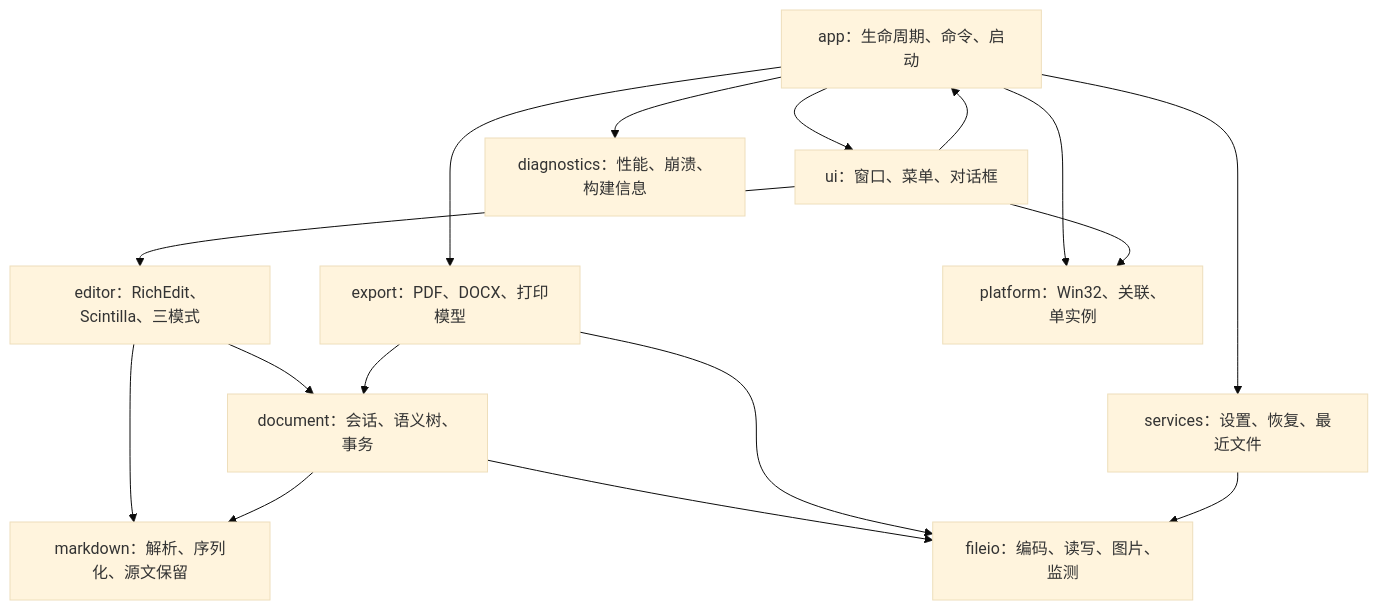
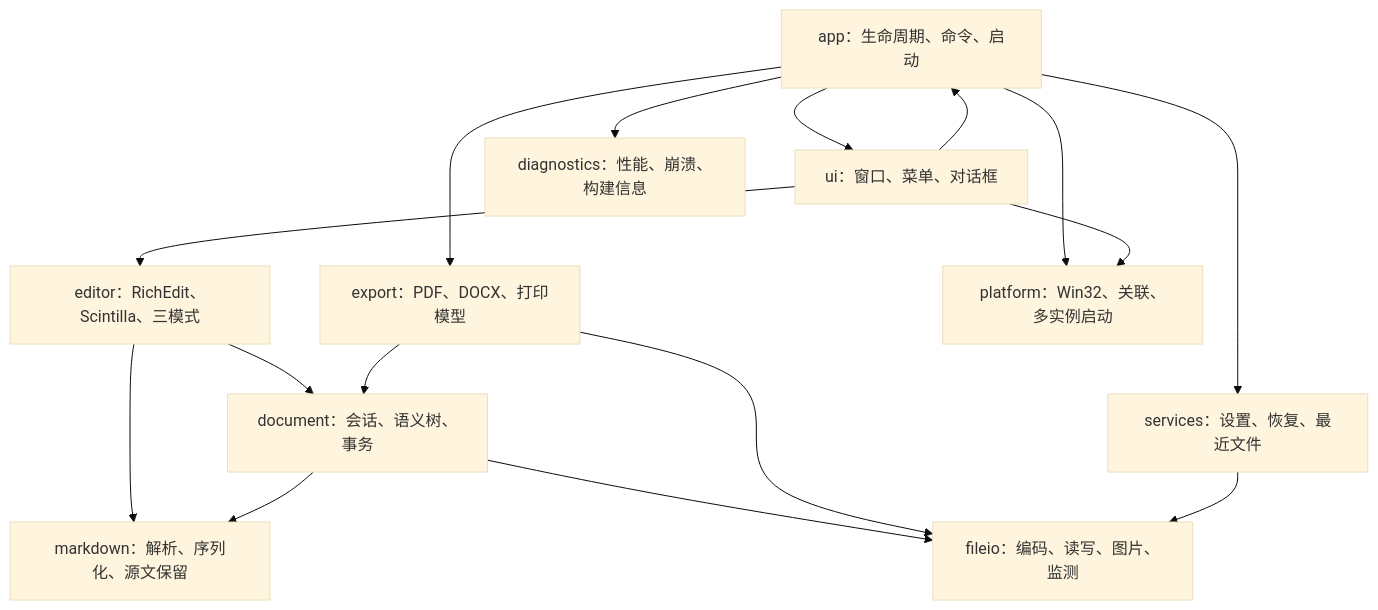
One commit to nominz/MarkdownMay changed the second of 3 diagrams in docs/总体设计说明书.md. Above: the diagram before and after it, drawn with Mermaid (base theme). The commit also changed other lines of this file and 9 other files, not shown here.

````diff
--- a/docs/总体设计说明书.md
+++ b/docs/总体设计说明书.md
@@ -55,29 +55,29 @@
 ```mermaid
 flowchart TB
     APP["app：生命周期、命令、启动"]
     UI["ui：窗口、菜单、对话框"]
     EDITOR["editor：RichEdit、Scintilla、三模式"]
     DOC["document：会话、语义树、事务"]
     MD["markdown：解析、序列化、源文保留"]
     FILE["fileio：编码、读写、图片、监测"]
     EXPORT["export：PDF、DOCX、打印模型"]
     SERVICE["services：设置、恢复、最近文件"]
-    PLATFORM["platform：Win32、关联、单实例"]
+    PLATFORM["platform：Win32、关联、多实例启动"]
     DIAG["diagnostics：性能、崩溃、构建信息"]
 
     APP --> UI
     APP --> SERVICE
     APP --> PLATFORM
     UI --> EDITOR
     UI --> APP
     EDITOR --> DOC
     EDITOR --> MD
     DOC --> MD
     DOC --> FILE
     APP --> EXPORT
     EXPORT --> DOC
     EXPORT --> FILE
     SERVICE --> FILE
     UI --> PLATFORM
     APP --> DIAG
 ```
````
